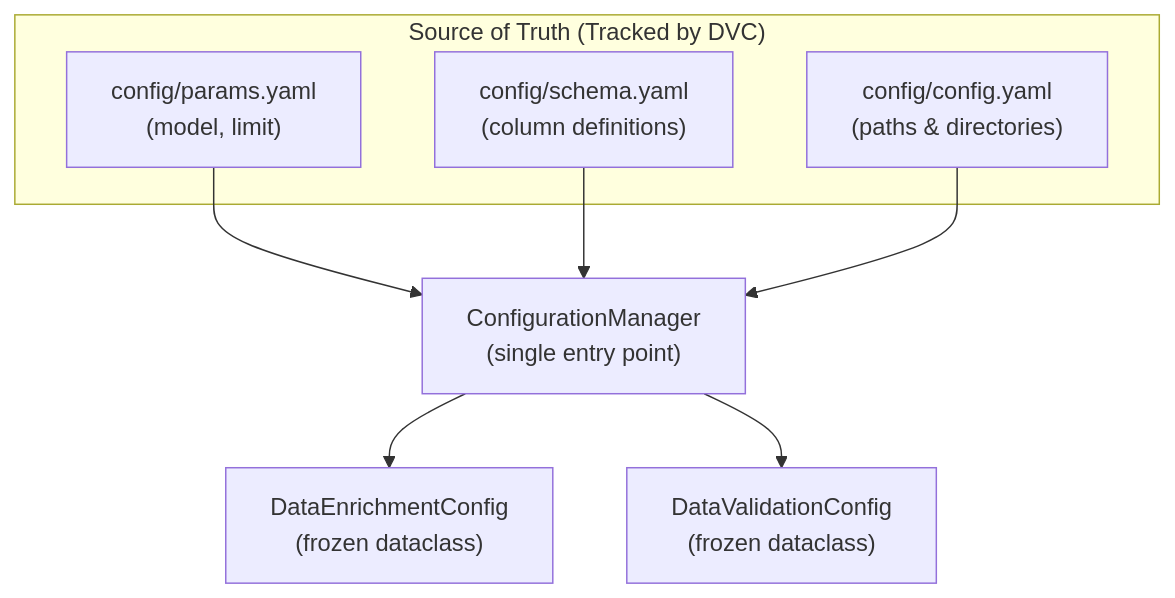
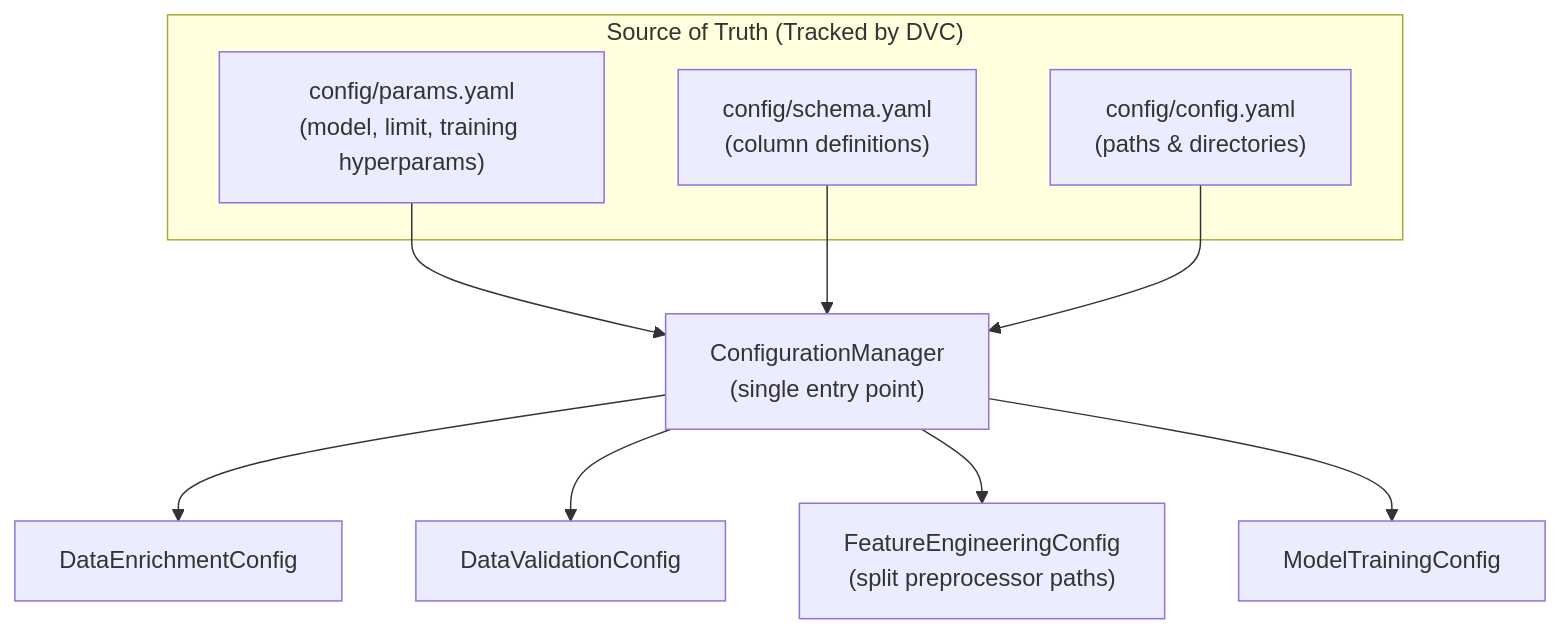
The second of 2 diagrams in reports/docs/architecture/dvc_pipeline.md (SebastianGarrido2790/ai-ml-telecom-customer-churn), drawn with Mermaid before and after one commit. The commit also changed other lines of this file and 43 other files, not shown here.

Commit message:
feat: implement stage 06 model training and unify documentation

````diff
--- a/reports/docs/architecture/dvc_pipeline.md
+++ b/reports/docs/architecture/dvc_pipeline.md
@@ -214,19 +242,23 @@
 ```mermaid
 graph TD
     subgraph "Source of Truth (Tracked by DVC)"
-        YAML["config/params.yaml\n(model, limit)"]
+        YAML["config/params.yaml\n(model, limit, training hyperparams)"]
         Schema["config/schema.yaml\n(column definitions)"]
         Config["config/config.yaml\n(paths & directories)"]
     end
 
     CM["ConfigurationManager\n(single entry point)"]
 
-    DC["DataEnrichmentConfig\n(frozen dataclass)"]
-    DVC_RAW["DataValidationConfig\n(frozen dataclass)"]
+    DC["DataEnrichmentConfig"]
+    DVC_RAW["DataValidationConfig"]
+    FE["FeatureEngineeringConfig\n(split preprocessor paths)"]
+    MT["ModelTrainingConfig"]
 
     YAML --> CM
     Schema --> CM
     Config --> CM
     CM --> DC
     CM --> DVC_RAW
+    CM --> FE
+    CM --> MT
 ```
````
